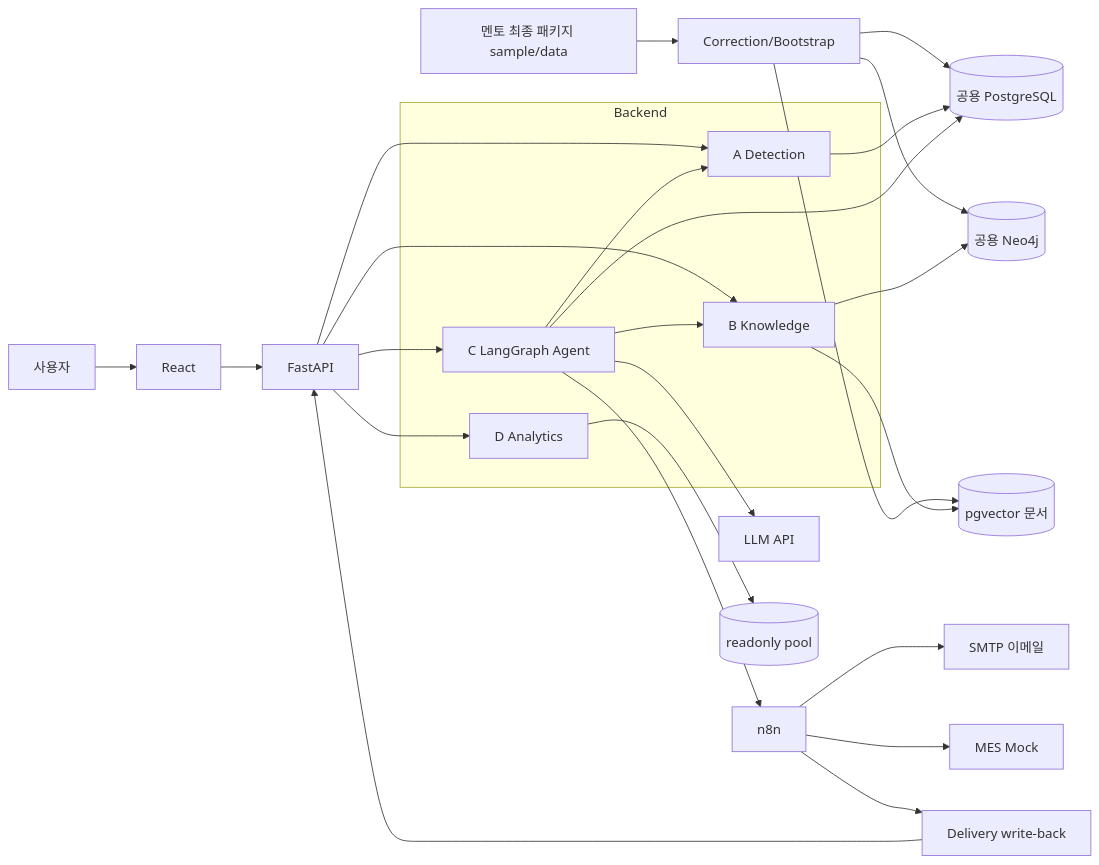
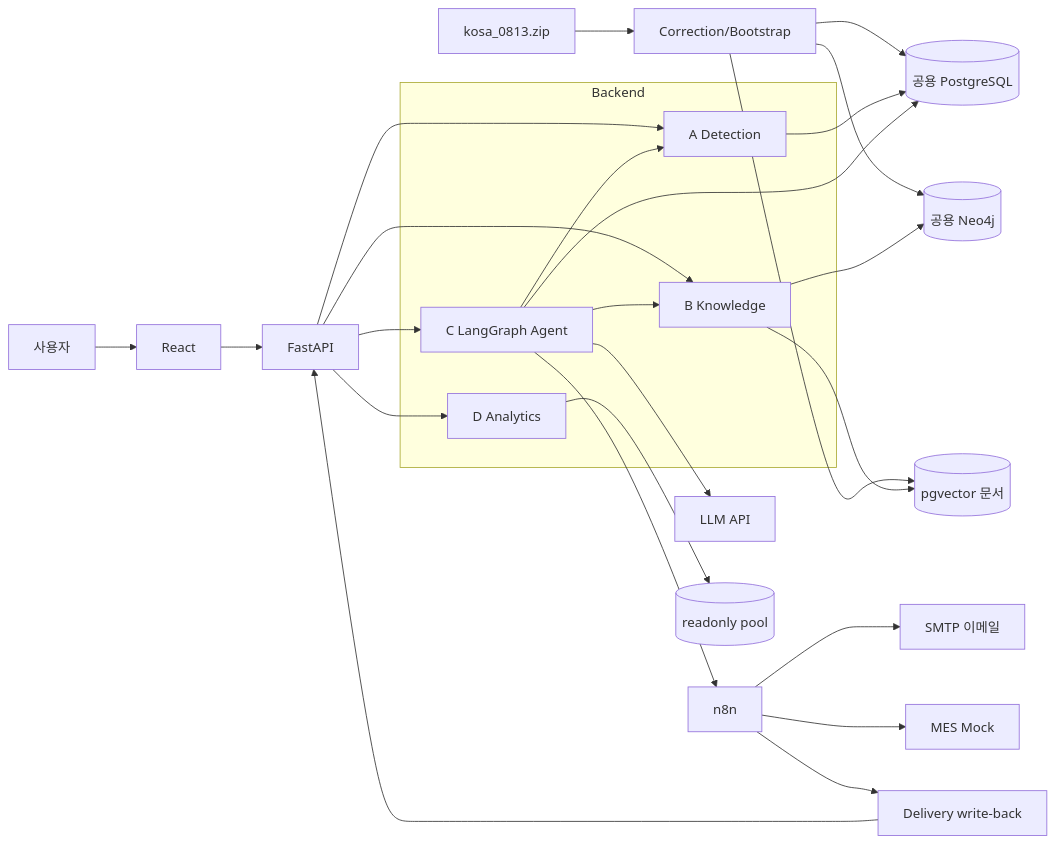
The first of 2 diagrams in docs/specifications/시스템설계서_v2_0_작업본.md (bistel-final/bistel-final), drawn with Mermaid before and after one commit. The commit also changed other lines of this file and 40 other files, not shown here.

````diff
--- a/docs/specifications/시스템설계서_v2_0_작업본.md
+++ b/docs/specifications/시스템설계서_v2_0_작업본.md
@@ -84,35 +75,35 @@
 ```mermaid
 flowchart LR
-    SRC[멘토 최종 패키지 sample/data] --> CORR[Correction/Bootstrap]
+    SRC[kosa_0813.zip] --> CORR[Correction/Bootstrap]
     CORR --> PG[(공용 PostgreSQL)]
     CORR --> NEO[(공용 Neo4j)]
     CORR --> VEC[(pgvector 문서)]
 
     U[사용자] --> FE[React]
     FE --> API[FastAPI]
 
     subgraph BE[Backend]
       A[A Detection]
       B[B Knowledge]
       C[C LangGraph Agent]
       D[D Analytics]
     end
 
     API --> A
     API --> B
     API --> C
     API --> D
     A --> PG
     B --> NEO
     B --> VEC
     C --> PG
     C --> A
     C --> B
     C --> LLM[LLM API]
     C --> N8N[n8n]
     D --> PGRO[(readonly pool)]
     N8N --> MAIL[SMTP 이메일]
     N8N --> MES[MES Mock]
     N8N --> CB[Delivery write-back]
     CB --> API
 ```
````
